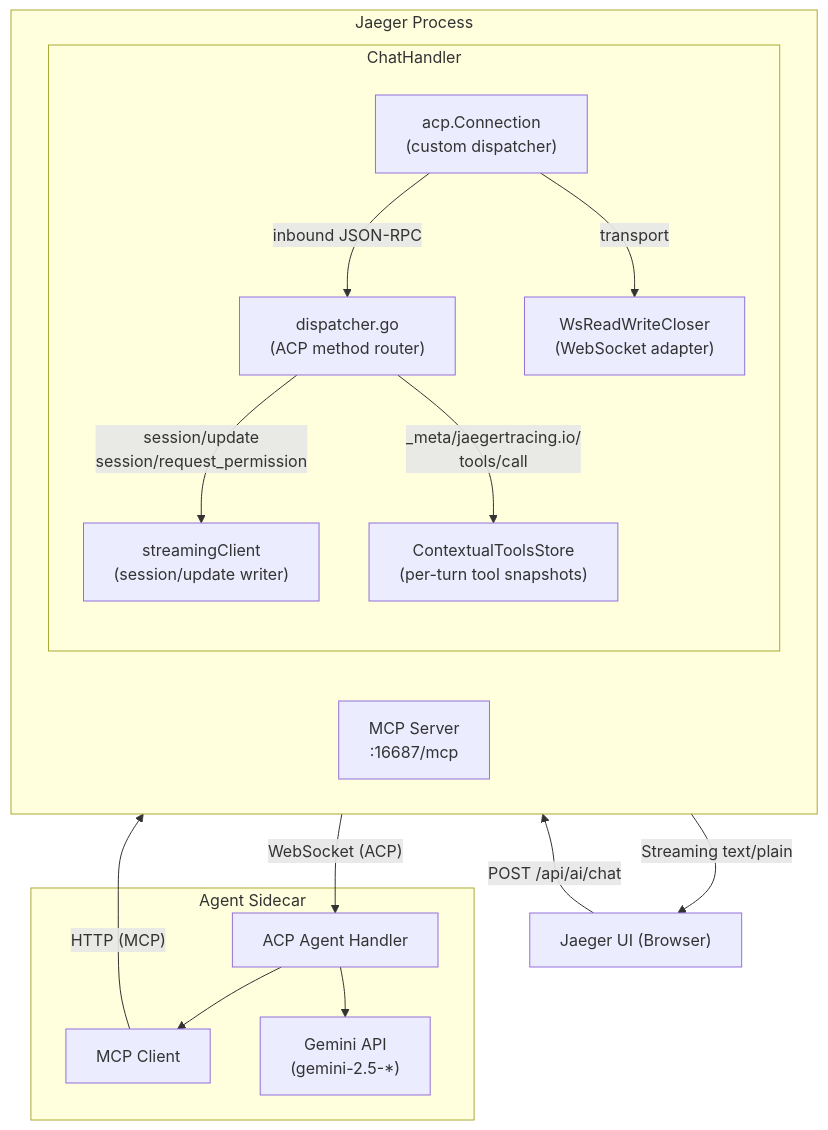
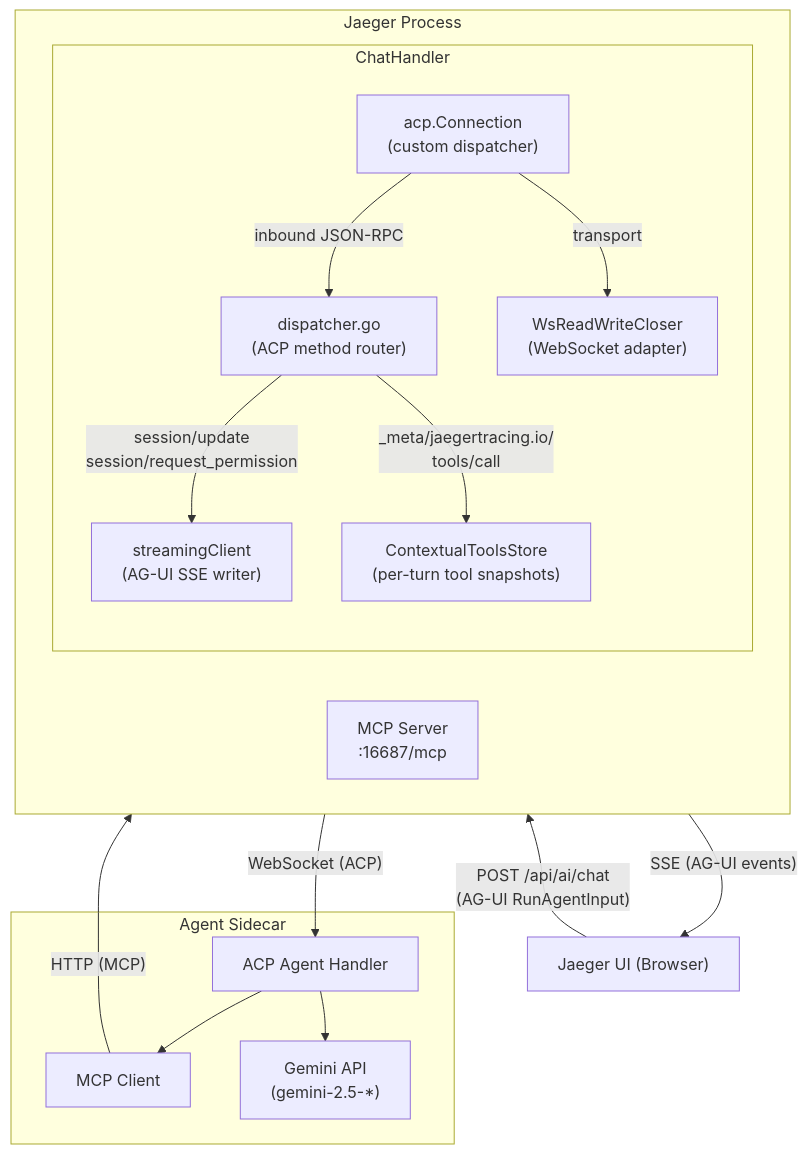
Before and after one commit to jaegertracing/jaeger: the first of 2 diagrams in cmd/jaeger/internal/extension/jaegerquery/internal/jaegerai/README.md, drawn with Mermaid. The commit also changed other lines of this file and 14 other files, not shown here.

````diff
--- a/cmd/jaeger/internal/extension/jaegerquery/internal/jaegerai/README.md
+++ b/cmd/jaeger/internal/extension/jaegerquery/internal/jaegerai/README.md
@@ -14,34 +17,34 @@
 ```mermaid
 flowchart TB
     UI["Jaeger UI (Browser)"]
 
     subgraph jaeger["Jaeger Process"]
         direction LR
         MCP["MCP Server<br>:16687/mcp"]
         subgraph handler["ChatHandler"]
             direction TB
             ACPCONN["acp.Connection<br>(custom dispatcher)"]
             DISPATCH["dispatcher.go<br>(ACP method router)"]
-            SC["streamingClient<br>(session/update writer)"]
+            SC["streamingClient<br>(AG-UI SSE writer)"]
             WS["WsReadWriteCloser<br>(WebSocket adapter)"]
             STORE["ContextualToolsStore<br>(per-turn tool snapshots)"]
             ACPCONN -- "inbound JSON-RPC" --> DISPATCH
             DISPATCH -- "session/update<br>session/request_permission" --> SC
             DISPATCH -- "_meta/jaegertracing.io/<br>tools/call" --> STORE
             ACPCONN -- "transport" --> WS
         end
     end
 
     subgraph sidecar["Agent Sidecar"]
         AGENT["ACP Agent Handler"]
         MCPCLIENT["MCP Client"]
         GEMINI["Gemini API<br>(gemini-2.5-*)"]
         AGENT --> MCPCLIENT
         AGENT --> GEMINI
     end
 
-    UI -- "POST /api/ai/chat" --> handler
-    SC -- "Streaming text/plain" --> UI
+    UI -- "POST /api/ai/chat<br>(AG-UI RunAgentInput)" --> handler
+    SC -- "SSE (AG-UI events)" --> UI
     WS -- "WebSocket (ACP)" --> AGENT
     MCPCLIENT -- "HTTP (MCP)" --> MCP
 ```
````
